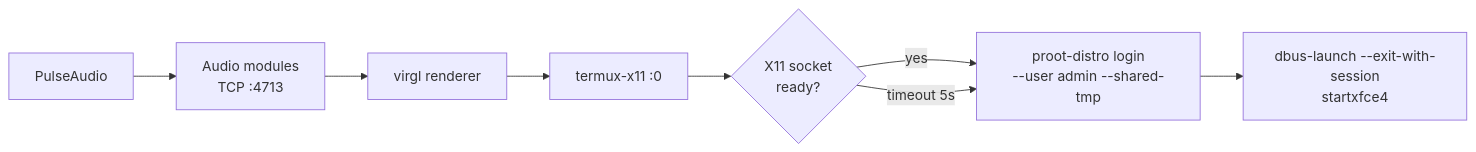
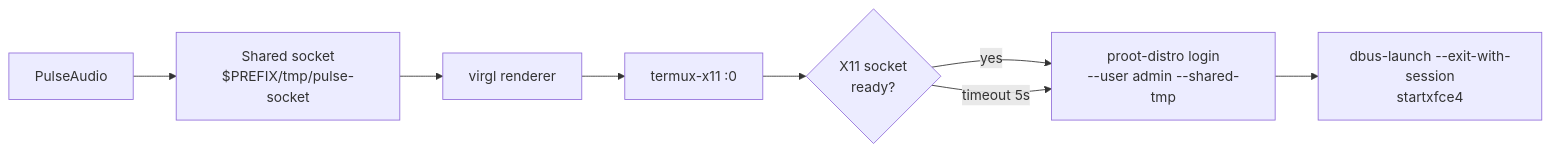
Before and after one commit to arinadi/XLabs: the first of 3 diagrams in README.md, drawn with Mermaid. The commit also changed other lines of this file and 3 other files, not shown here.

First line of the commit message:
fix: reach PulseAudio through a shared socket, and drop TCP

````diff
--- a/README.md
+++ b/README.md
@@ -94,10 +94,10 @@
 ```mermaid
 flowchart LR
-    A[PulseAudio] --> B[Audio modules<br/>TCP :4713]
+    A[PulseAudio] --> B["Shared socket<br/>$PREFIX/tmp/pulse-socket"]
     B --> C[virgl renderer]
     C --> D[termux-x11 :0]
     D --> E{X11 socket<br/>ready?}
     E -->|yes| F["proot-distro login<br/>--user admin --shared-tmp"]
     E -->|timeout 5s| F
     F --> G["dbus-launch --exit-with-session<br/>startxfce4"]
 ```
````
